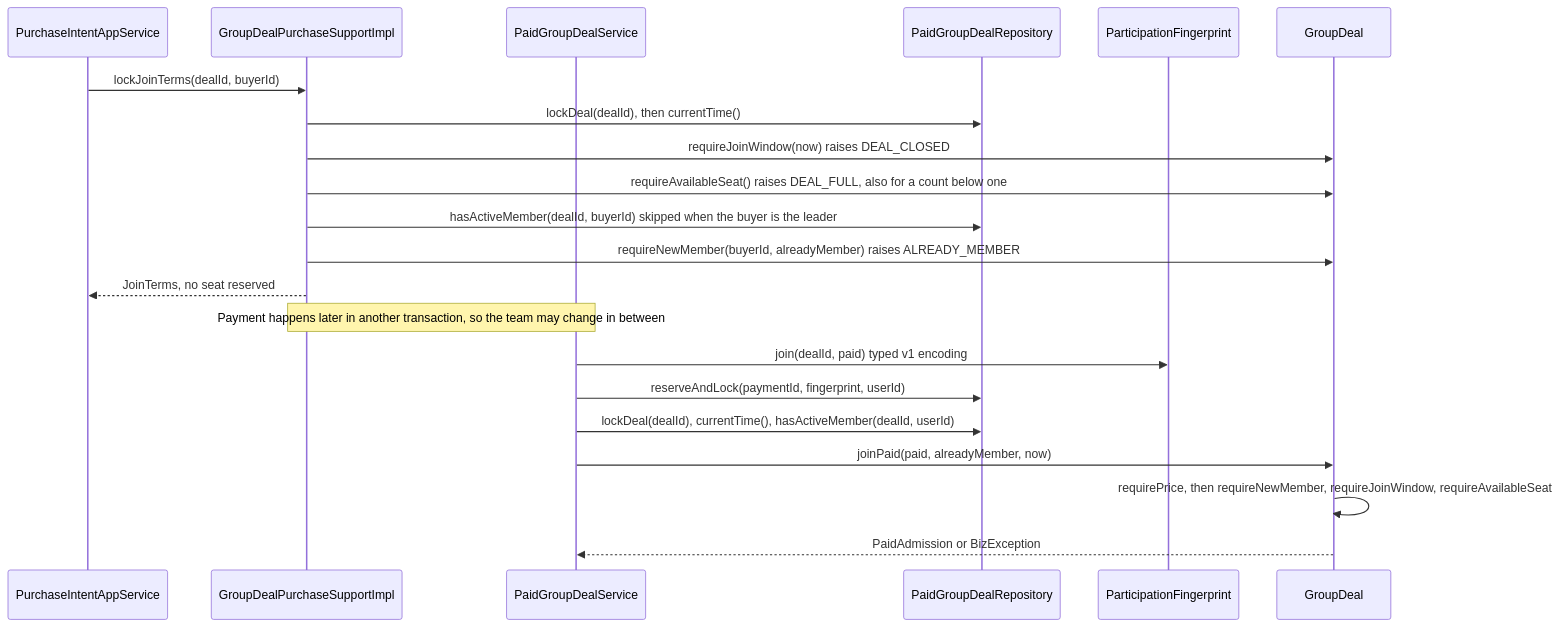
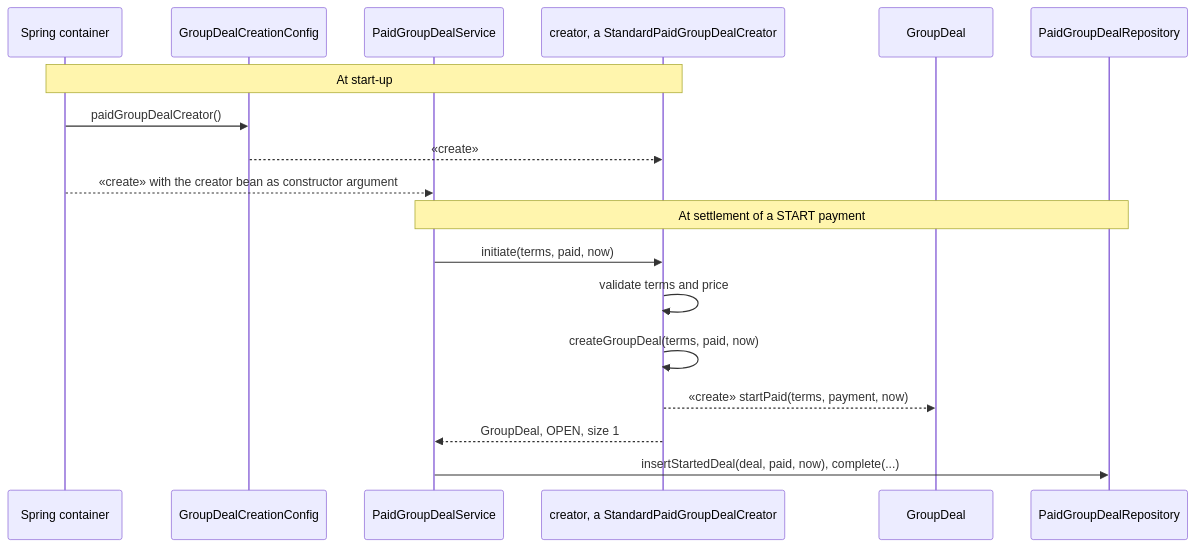
Before and after one commit to PPsyrius/iss-groupbuy-team8: diagram 11 of 11 in docs/swe5006/report-drafts/eric-wang-contribution.md, drawn with Mermaid. The commit also changed other lines of this file and 3 other files, not shown here.

````diff
--- a/docs/swe5006/report-drafts/eric-wang-contribution.md
+++ b/docs/swe5006/report-drafts/eric-wang-contribution.md
@@ -490,24 +713,21 @@
 ```mermaid
 sequenceDiagram
-    participant Intent as PurchaseIntentAppService
-    participant Quote as GroupDealPurchaseSupportImpl
-    participant Svc as PaidGroupDealService
+    participant Spring as Spring container
+    participant Config as GroupDealCreationConfig
+    participant Service as PaidGroupDealService
+    participant Creator as creator, a StandardPaidGroupDealCreator
+    participant Deal as GroupDeal
     participant Repo as PaidGroupDealRepository
-    participant Fp as ParticipationFingerprint
-    participant Deal as GroupDeal
 
-    Intent->>Quote: lockJoinTerms(dealId, buyerId)
-    Quote->>Repo: lockDeal(dealId), then currentTime()
-    Quote->>Deal: requireJoinWindow(now) raises DEAL_CLOSED
-    Quote->>Deal: requireAvailableSeat() raises DEAL_FULL, also for a count below one
-    Quote->>Repo: hasActiveMember(dealId, buyerId) skipped when the buyer is the leader
-    Quote->>Deal: requireNewMember(buyerId, alreadyMember) raises ALREADY_MEMBER
-    Quote-->>Intent: JoinTerms, no seat reserved
-    Note over Quote,Svc: Payment happens later in another transaction, so the team may change in between
-    Svc->>Fp: join(dealId, paid) typed v1 encoding
-    Svc->>Repo: reserveAndLock(paymentId, fingerprint, userId)
-    Svc->>Repo: lockDeal(dealId), currentTime(), hasActiveMember(dealId, userId)
-    Svc->>Deal: joinPaid(paid, alreadyMember, now)
-    Deal->>Deal: requirePrice, then requireNewMember, requireJoinWindow, requireAvailableSeat
-    Deal-->>Svc: PaidAdmission or BizException
+    Note over Spring,Creator: At start-up
+    Spring->>Config: paidGroupDealCreator()
+    Config-->>Creator: «create»
+    Spring-->>Service: «create» with the creator bean as constructor argument
+    Note over Service,Repo: At settlement of a START payment
+    Service->>Creator: initiate(terms, paid, now)
+    Creator->>Creator: validate terms and price
+    Creator->>Creator: createGroupDeal(terms, paid, now)
+    Creator-->>Deal: «create» startPaid(terms, payment, now)
+    Creator-->>Service: GroupDeal, OPEN, size 1
+    Service->>Repo: insertStartedDeal(deal, paid, now), complete(...)
 ```
````
